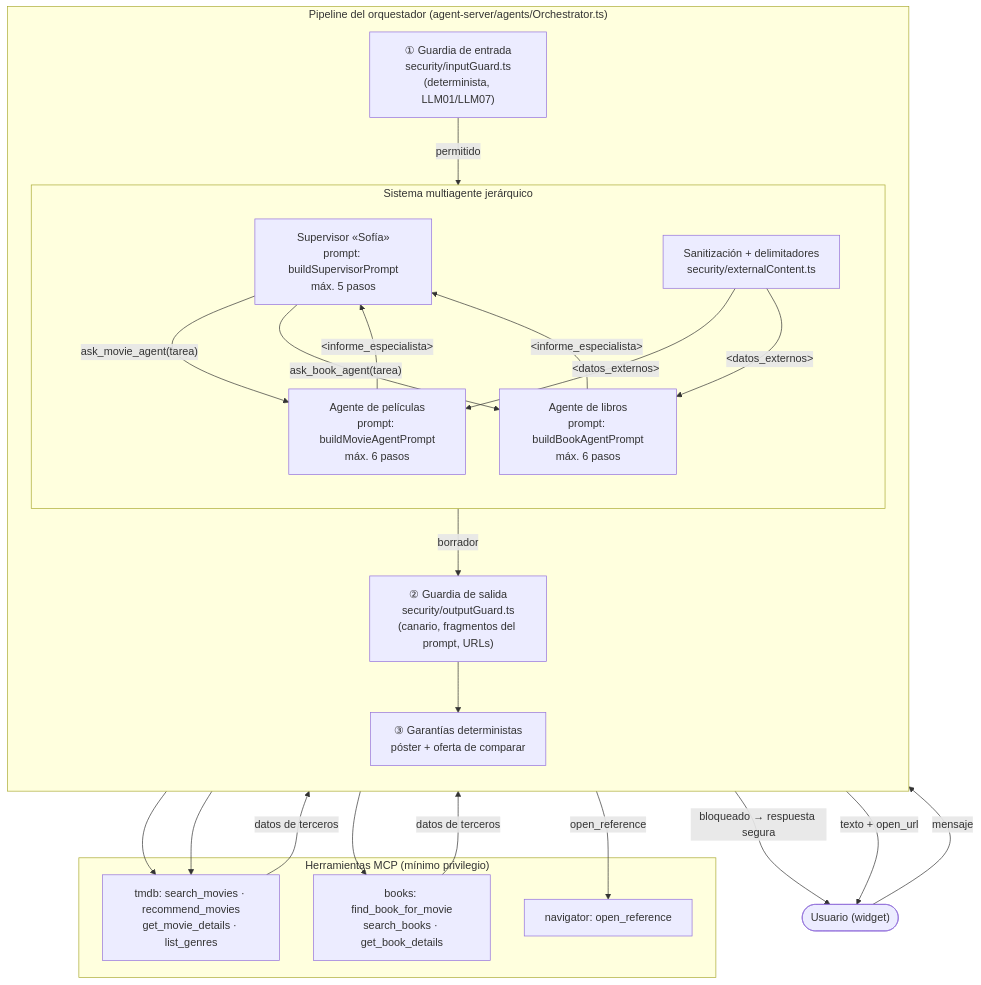
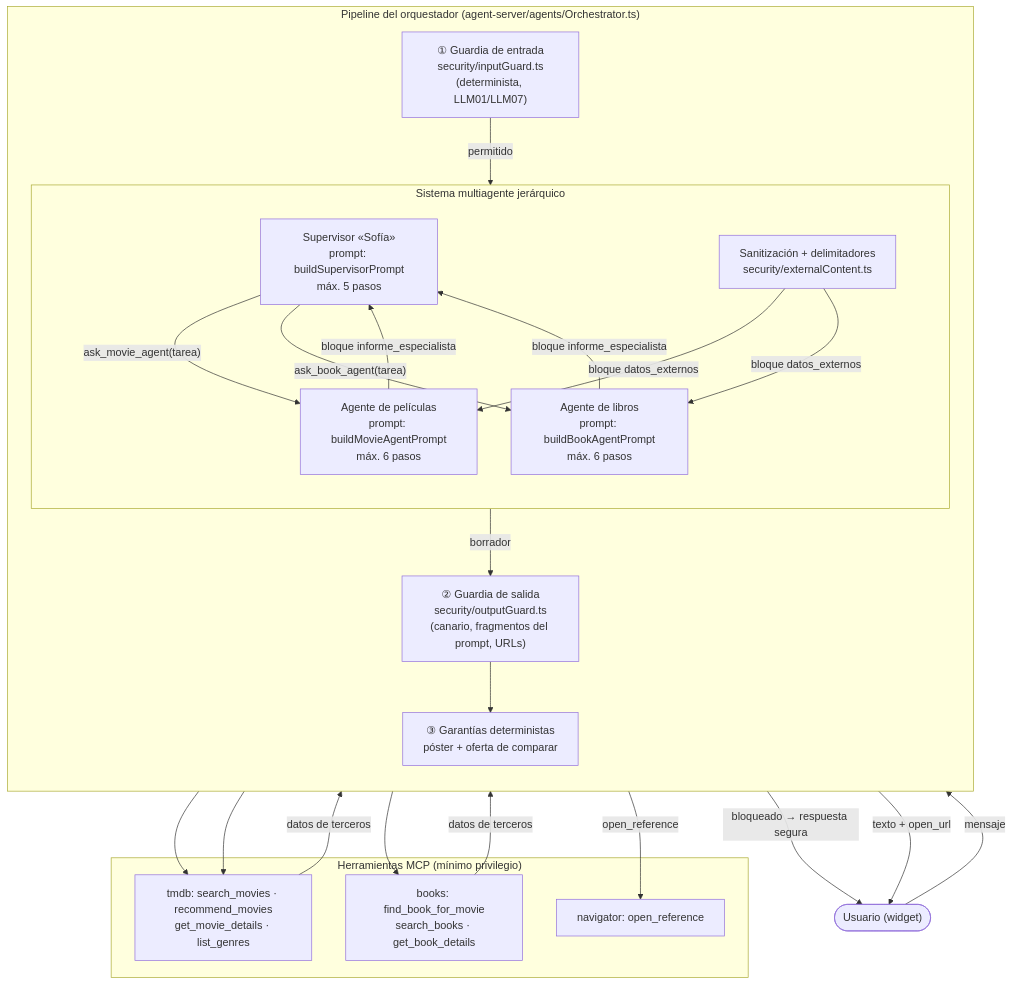
The second of 3 diagrams in docs/AGENTE.md (JuanGualim/Proyecto1_IA_selectivo), drawn with Mermaid before and after one commit. The commit also changed 1 other file, not shown here.

Commit message:
docs: documenta las defensas contra LLM01 y LLM07 y los resultados de las evals
Incluye las capas de defensa, el diseño de las evals, la ablación, cómo ejecutarlas, sus limitaciones y los términos de uso de TMDB y Google Books.

````diff
--- a/docs/AGENTE.md
+++ b/docs/AGENTE.md
@@ -171,40 +171,40 @@
 ```mermaid
 flowchart TB
     USER(["Usuario (widget)"])
 
     subgraph Pipeline["Pipeline del orquestador (agent-server/agents/Orchestrator.ts)"]
         direction TB
         IG["① Guardia de entrada<br/>security/inputGuard.ts<br/>(determinista, LLM01/LLM07)"]
 
         subgraph MAS["Sistema multiagente jerárquico"]
             direction TB
             SUP["Supervisor «Sofía»<br/>prompt: buildSupervisorPrompt<br/>máx. 5 pasos"]
             MOV["Agente de películas<br/>prompt: buildMovieAgentPrompt<br/>máx. 6 pasos"]
             BOOK["Agente de libros<br/>prompt: buildBookAgentPrompt<br/>máx. 6 pasos"]
             SAN["Sanitización + delimitadores<br/>security/externalContent.ts"]
         end
 
         OG["② Guardia de salida<br/>security/outputGuard.ts<br/>(canario, fragmentos del prompt, URLs)"]
         DET["③ Garantías deterministas<br/>póster + oferta de comparar"]
     end
 
     subgraph Tools["Herramientas MCP (mínimo privilegio)"]
         T1["tmdb: search_movies · recommend_movies<br/>get_movie_details · list_genres"]
         T2["books: find_book_for_movie<br/>search_books · get_book_details"]
         T3["navigator: open_reference"]
     end
 
     USER -->|mensaje| IG
     IG -->|"bloqueado → respuesta segura"| USER
     IG -->|permitido| SUP
     SUP -->|"ask_movie_agent(tarea)"| MOV
     SUP -->|"ask_book_agent(tarea)"| BOOK
     SUP -->|"open_reference"| T3
     MOV --> T1
     BOOK --> T1
     BOOK --> T2
     T1 & T2 -->|datos de terceros| SAN
-    SAN -->|"&lt;datos_externos&gt;"| MOV & BOOK
-    MOV & BOOK -->|"&lt;informe_especialista&gt;"| SUP
+    SAN -->|"bloque datos_externos"| MOV & BOOK
+    MOV & BOOK -->|"bloque informe_especialista"| SUP
     SUP -->|borrador| OG --> DET -->|"texto + open_url"| USER
 ```
````
